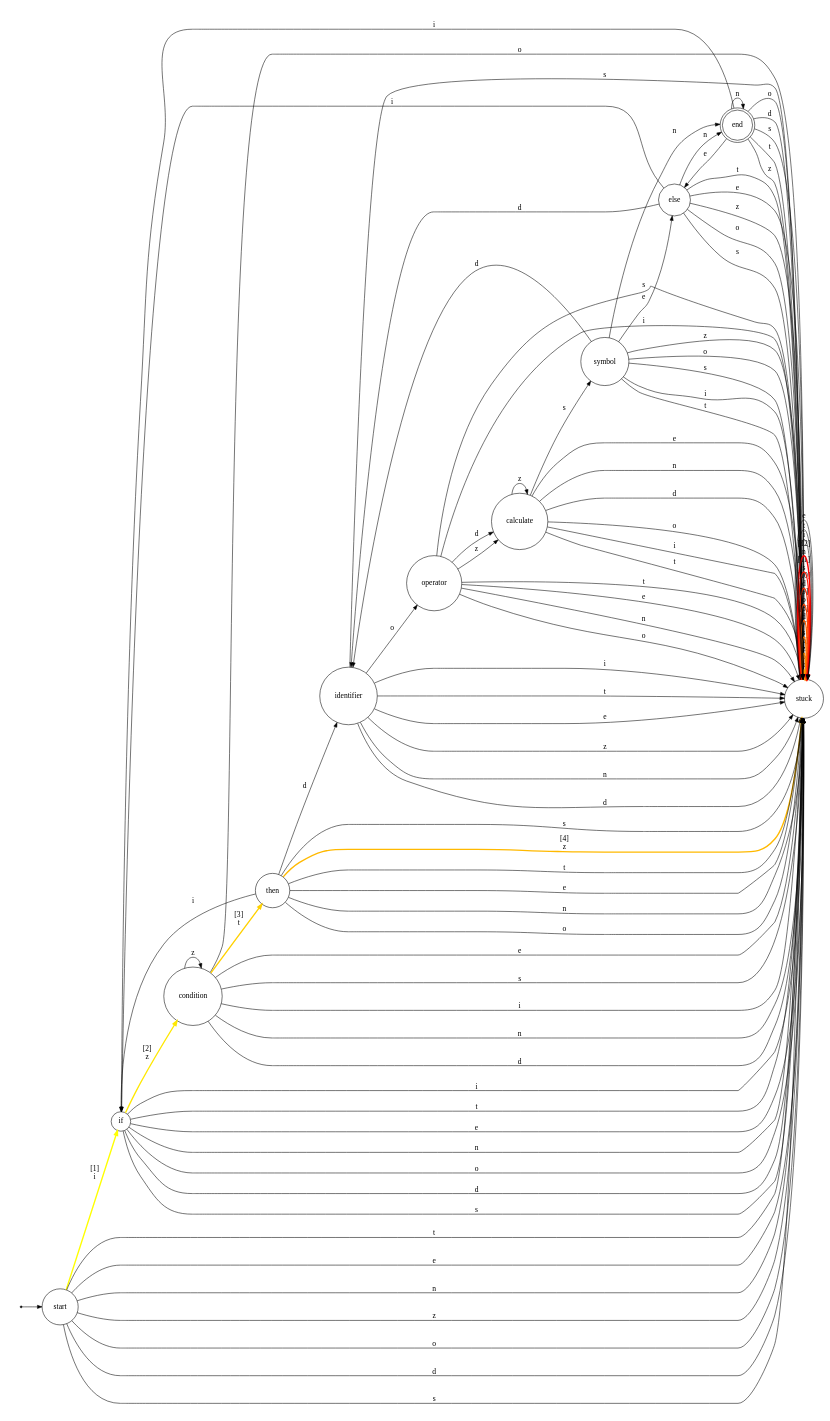
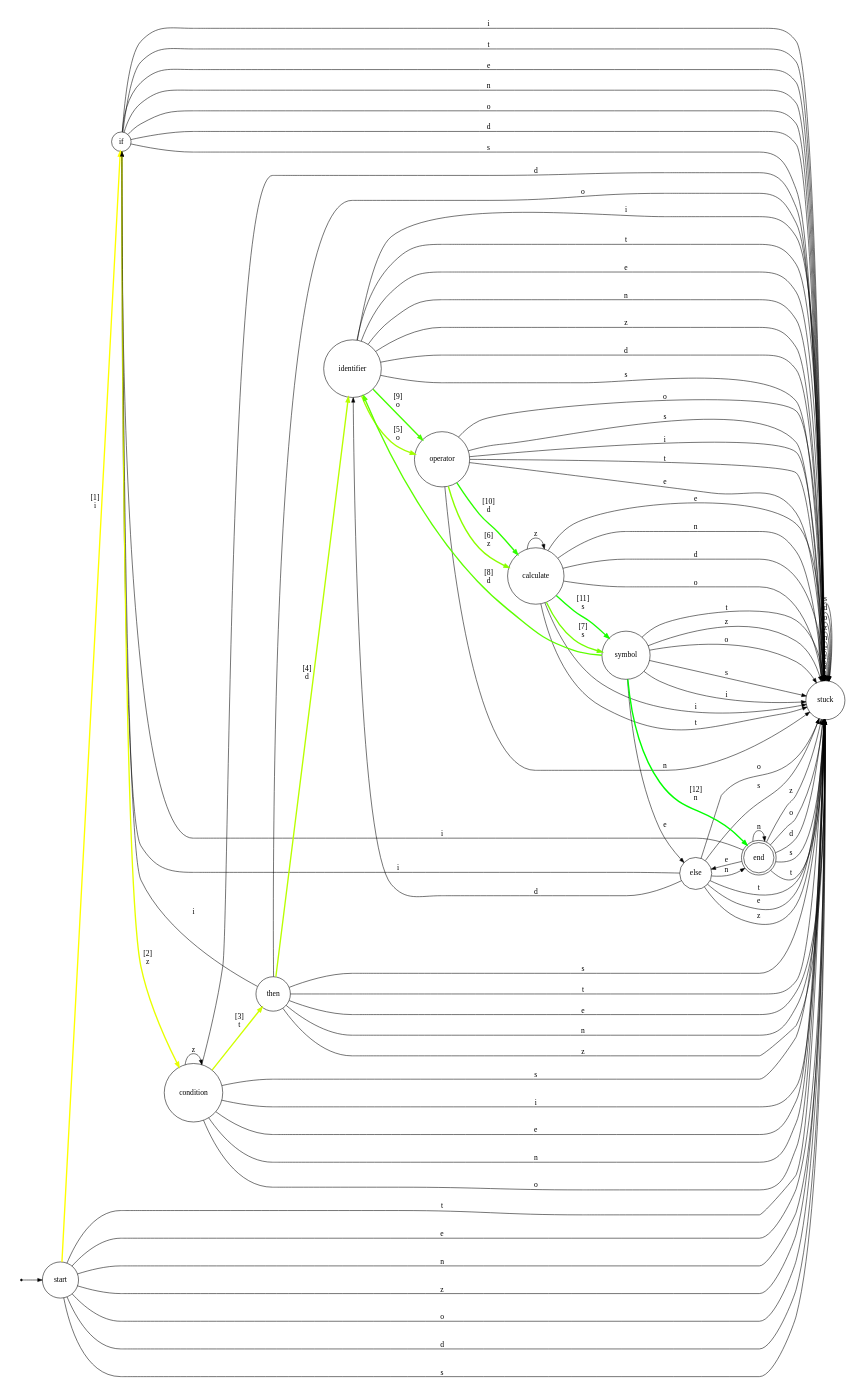
One commit to MohamadAbdelmoniem/Compiler-Spring-2022 changed the diagram in Source/Code/Digraph.gv. Above: the diagram before and after it, drawn with Graphviz. The commit also changed 3 other files, not shown here.

```diff
--- a/Source/Code/Digraph.gv
+++ b/Source/Code/Digraph.gv
@@ -1,120 +1,119 @@
 digraph {
 	ranksep=0.5 size="8, 8"
 	rankdir=LR
 	Initial [label="" fontsize=14.0 shape=point]
 	calculate [fontsize=14.0 shape=circle]
 	condition [fontsize=14.0 shape=circle]
 	else [fontsize=14.0 shape=circle]
 	end [fontsize=14.0 shape=doublecircle]
 	identifier [fontsize=14.0 shape=circle]
 	if [fontsize=14.0 shape=circle]
 	operator [fontsize=14.0 shape=circle]
 	start [fontsize=14.0 shape=circle]
 	stuck [fontsize=14.0 shape=circle]
 	symbol [fontsize=14.0 shape=circle]
 	then [fontsize=14.0 shape=circle]
 	Initial -> start [arrowsize=0.85]
 	start -> if [label=" [1]
 i " arrowsize=0.85 color="#ffff00" fontsize=14.0 penwidth=2.5]
 	if -> condition [label=" [2]
-z " arrowsize=0.85 color="#ffe800" fontsize=14.0 penwidth=2.5]
+z " arrowsize=0.85 color="#e8ff00" fontsize=14.0 penwidth=2.5]
 	condition -> then [label=" [3]
-t " arrowsize=0.85 color="#ffd100" fontsize=14.0 penwidth=2.5]
-	then -> stuck [label=" [4]
-z " arrowsize=0.85 color="#ffb900" fontsize=14.0 penwidth=2.5]
-	stuck -> stuck [label=" [5]
-o " arrowsize=0.85 color="#ffa200" fontsize=14.0 penwidth=2.5]
-	stuck -> stuck [label=" [6]
-z " arrowsize=0.85 color="#ff8b00" fontsize=14.0 penwidth=2.5]
-	stuck -> stuck [label=" [7]
-s " arrowsize=0.85 color="#ff7400" fontsize=14.0 penwidth=2.5]
-	stuck -> stuck [label=" [8]
-d " arrowsize=0.85 color="#ff5d00" fontsize=14.0 penwidth=2.5]
-	stuck -> stuck [label=" [9]
-o " arrowsize=0.85 color="#ff4600" fontsize=14.0 penwidth=2.5]
-	stuck -> stuck [label=" [10]
-d " arrowsize=0.85 color="#ff2e00" fontsize=14.0 penwidth=2.5]
-	stuck -> stuck [label=" [11]
-s " arrowsize=0.85 color="#ff1700" fontsize=14.0 penwidth=2.5]
-	stuck -> stuck [label=" [12]
-n " arrowsize=0.85 color="#ff0000" fontsize=14.0 penwidth=2.5]
+t " arrowsize=0.85 color="#d1ff00" fontsize=14.0 penwidth=2.5]
+	then -> identifier [label=" [4]
+d " arrowsize=0.85 color="#b9ff00" fontsize=14.0 penwidth=2.5]
+	identifier -> operator [label=" [5]
+o " arrowsize=0.85 color="#a2ff00" fontsize=14.0 penwidth=2.5]
+	operator -> calculate [label=" [6]
+z " arrowsize=0.85 color="#8bff00" fontsize=14.0 penwidth=2.5]
+	calculate -> symbol [label=" [7]
+s " arrowsize=0.85 color="#74ff00" fontsize=14.0 penwidth=2.5]
+	symbol -> identifier [label=" [8]
+d " arrowsize=0.85 color="#5dff00" fontsize=14.0 penwidth=2.5]
+	identifier -> operator [label=" [9]
+o " arrowsize=0.85 color="#46ff00" fontsize=14.0 penwidth=2.5]
+	operator -> calculate [label=" [10]
+d " arrowsize=0.85 color="#2eff00" fontsize=14.0 penwidth=2.5]
+	calculate -> symbol [label=" [11]
+s " arrowsize=0.85 color="#17ff00" fontsize=14.0 penwidth=2.5]
+	symbol -> end [label=" [12]
+n " arrowsize=0.85 color="#00ff00" fontsize=14.0 penwidth=2.5]
 	start -> stuck [label=" t " arrowsize=0.85 fontsize=14.0]
 	start -> stuck [label=" e " arrowsize=0.85 fontsize=14.0]
 	start -> stuck [label=" n " arrowsize=0.85 fontsize=14.0]
 	start -> stuck [label=" z " arrowsize=0.85 fontsize=14.0]
 	start -> stuck [label=" o " arrowsize=0.85 fontsize=14.0]
 	start -> stuck [label=" d " arrowsize=0.85 fontsize=14.0]
 	start -> stuck [label=" s " arrowsize=0.85 fontsize=14.0]
 	if -> stuck [label=" i " arrowsize=0.85 fontsize=14.0]
 	if -> stuck [label=" t " arrowsize=0.85 fontsize=14.0]
 	if -> stuck [label=" e " arrowsize=0.85 fontsize=14.0]
 	if -> stuck [label=" n " arrowsize=0.85 fontsize=14.0]
 	if -> stuck [label=" o " arrowsize=0.85 fontsize=14.0]
 	if -> stuck [label=" d " arrowsize=0.85 fontsize=14.0]
 	if -> stuck [label=" s " arrowsize=0.85 fontsize=14.0]
 	then -> if [label=" i " arrowsize=0.85 fontsize=14.0]
 	then -> stuck [label=" t " arrowsize=0.85 fontsize=14.0]
 	then -> stuck [label=" e " arrowsize=0.85 fontsize=14.0]
 	then -> stuck [label=" n " arrowsize=0.85 fontsize=14.0]
+	then -> stuck [label=" z " arrowsize=0.85 fontsize=14.0]
 	then -> stuck [label=" o " arrowsize=0.85 fontsize=14.0]
-	then -> identifier [label=" d " arrowsize=0.85 fontsize=14.0]
 	then -> stuck [label=" s " arrowsize=0.85 fontsize=14.0]
 	else -> if [label=" i " arrowsize=0.85 fontsize=14.0]
 	else -> stuck [label=" t " arrowsize=0.85 fontsize=14.0]
 	else -> stuck [label=" e " arrowsize=0.85 fontsize=14.0]
 	else -> end [label=" n " arrowsize=0.85 fontsize=14.0]
 	else -> stuck [label=" z " arrowsize=0.85 fontsize=14.0]
 	else -> stuck [label=" o " arrowsize=0.85 fontsize=14.0]
 	else -> identifier [label=" d " arrowsize=0.85 fontsize=14.0]
 	else -> stuck [label=" s " arrowsize=0.85 fontsize=14.0]
 	end -> if [label=" i " arrowsize=0.85 fontsize=14.0]
 	end -> stuck [label=" t " arrowsize=0.85 fontsize=14.0]
 	end -> else [label=" e " arrowsize=0.85 fontsize=14.0]
 	end -> end [label=" n " arrowsize=0.85 fontsize=14.0]
 	end -> stuck [label=" z " arrowsize=0.85 fontsize=14.0]
 	end -> stuck [label=" o " arrowsize=0.85 fontsize=14.0]
 	end -> stuck [label=" d " arrowsize=0.85 fontsize=14.0]
 	end -> stuck [label=" s " arrowsize=0.85 fontsize=14.0]
 	stuck -> stuck [label=" i " arrowsize=0.85 fontsize=14.0]
 	stuck -> stuck [label=" t " arrowsize=0.85 fontsize=14.0]
 	stuck -> stuck [label=" e " arrowsize=0.85 fontsize=14.0]
+	stuck -> stuck [label=" n " arrowsize=0.85 fontsize=14.0]
+	stuck -> stuck [label=" z " arrowsize=0.85 fontsize=14.0]
+	stuck -> stuck [label=" o " arrowsize=0.85 fontsize=14.0]
+	stuck -> stuck [label=" d " arrowsize=0.85 fontsize=14.0]
+	stuck -> stuck [label=" s " arrowsize=0.85 fontsize=14.0]
 	condition -> stuck [label=" i " arrowsize=0.85 fontsize=14.0]
 	condition -> condition [label=" z " arrowsize=0.85 fontsize=14.0]
 	condition -> stuck [label=" e " arrowsize=0.85 fontsize=14.0]
 	condition -> stuck [label=" n " arrowsize=0.85 fontsize=14.0]
 	condition -> stuck [label=" o " arrowsize=0.85 fontsize=14.0]
 	condition -> stuck [label=" d " arrowsize=0.85 fontsize=14.0]
 	condition -> stuck [label=" s " arrowsize=0.85 fontsize=14.0]
 	identifier -> stuck [label=" i " arrowsize=0.85 fontsize=14.0]
 	identifier -> stuck [label=" t " arrowsize=0.85 fontsize=14.0]
 	identifier -> stuck [label=" e " arrowsize=0.85 fontsize=14.0]
 	identifier -> stuck [label=" n " arrowsize=0.85 fontsize=14.0]
 	identifier -> stuck [label=" z " arrowsize=0.85 fontsize=14.0]
 	identifier -> stuck [label=" d " arrowsize=0.85 fontsize=14.0]
-	identifier -> operator [label=" o " arrowsize=0.85 fontsize=14.0]
 	identifier -> stuck [label=" s " arrowsize=0.85 fontsize=14.0]
 	operator -> stuck [label=" i " arrowsize=0.85 fontsize=14.0]
 	operator -> stuck [label=" t " arrowsize=0.85 fontsize=14.0]
 	operator -> stuck [label=" e " arrowsize=0.85 fontsize=14.0]
 	operator -> stuck [label=" n " arrowsize=0.85 fontsize=14.0]
-	operator -> calculate [label=" z " arrowsize=0.85 fontsize=14.0]
-	operator -> calculate [label=" d " arrowsize=0.85 fontsize=14.0]
 	operator -> stuck [label=" o " arrowsize=0.85 fontsize=14.0]
 	operator -> stuck [label=" s " arrowsize=0.85 fontsize=14.0]
 	calculate -> stuck [label=" i " arrowsize=0.85 fontsize=14.0]
 	calculate -> stuck [label=" t " arrowsize=0.85 fontsize=14.0]
 	calculate -> stuck [label=" e " arrowsize=0.85 fontsize=14.0]
 	calculate -> stuck [label=" n " arrowsize=0.85 fontsize=14.0]
 	calculate -> calculate [label=" z " arrowsize=0.85 fontsize=14.0]
 	calculate -> stuck [label=" d " arrowsize=0.85 fontsize=14.0]
 	calculate -> stuck [label=" o " arrowsize=0.85 fontsize=14.0]
-	calculate -> symbol [label=" s " arrowsize=0.85 fontsize=14.0]
 	symbol -> stuck [label=" i " arrowsize=0.85 fontsize=14.0]
 	symbol -> stuck [label=" t " arrowsize=0.85 fontsize=14.0]
 	symbol -> else [label=" e " arrowsize=0.85 fontsize=14.0]
-	symbol -> end [label=" n " arrowsize=0.85 fontsize=14.0]
 	symbol -> stuck [label=" z " arrowsize=0.85 fontsize=14.0]
-	symbol -> identifier [label=" d " arrowsize=0.85 fontsize=14.0]
 	symbol -> stuck [label=" o " arrowsize=0.85 fontsize=14.0]
 	symbol -> stuck [label=" s " arrowsize=0.85 fontsize=14.0]
 }
```
